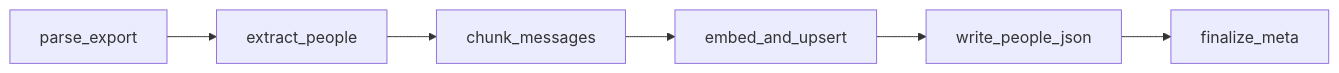
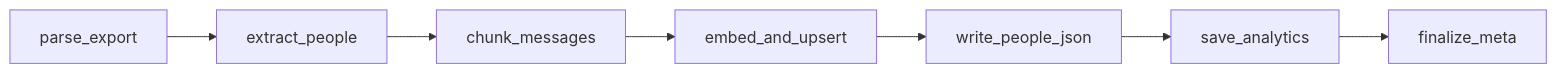
One commit to GreatNerve/ChatMemory changed the diagram in docs/langgraph/ingest.md. Above: the diagram before and after it, drawn with Mermaid. The commit also changed other lines of this file and 10 other files, not shown here.

````diff
--- a/docs/langgraph/ingest.md
+++ b/docs/langgraph/ingest.md
@@ -30,8 +30,9 @@
 ```mermaid
 flowchart LR
     A[parse_export] --> B[extract_people]
     B --> C[chunk_messages]
     C --> D[embed_and_upsert]
     D --> E[write_people_json]
-    E --> F[finalize_meta]
+    E --> F[save_analytics]
+    F --> G[finalize_meta]
 ```
````
